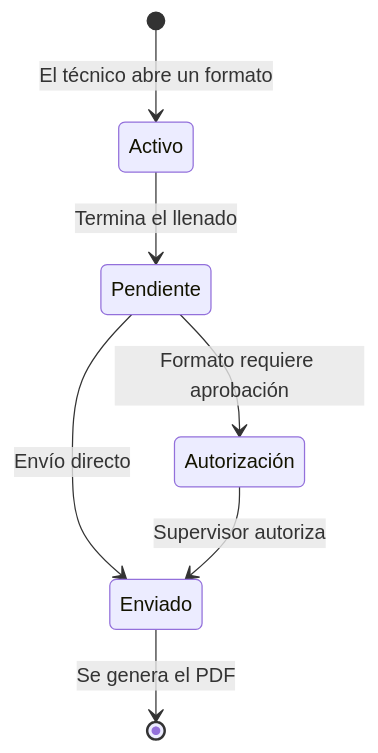
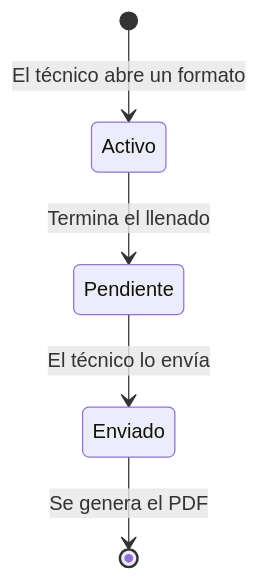
The second of 2 diagrams in README.md (PETROV2026/nimzo-app), drawn with Mermaid before and after one commit. The commit also changed other lines of this file and 17 other files, not shown here.

````diff
--- a/README.md
+++ b/README.md
@@ -126,9 +125,7 @@
 ```mermaid
 stateDiagram-v2
     [*] --> Activo: El técnico abre un formato
     Activo --> Pendiente: Termina el llenado
-    Pendiente --> Autorización: Formato requiere aprobación
-    Pendiente --> Enviado: Envío directo
-    Autorización --> Enviado: Supervisor autoriza
+    Pendiente --> Enviado: El técnico lo envía
     Enviado --> [*]: Se genera el PDF
 ```
````
